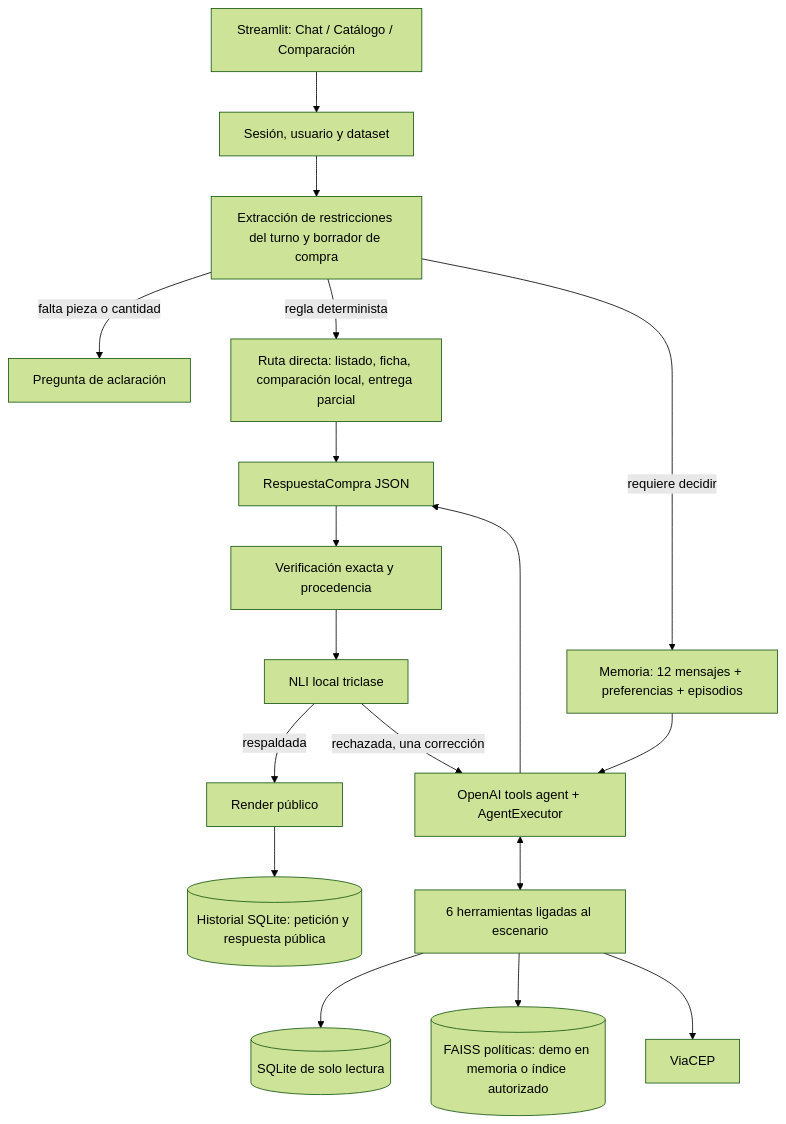
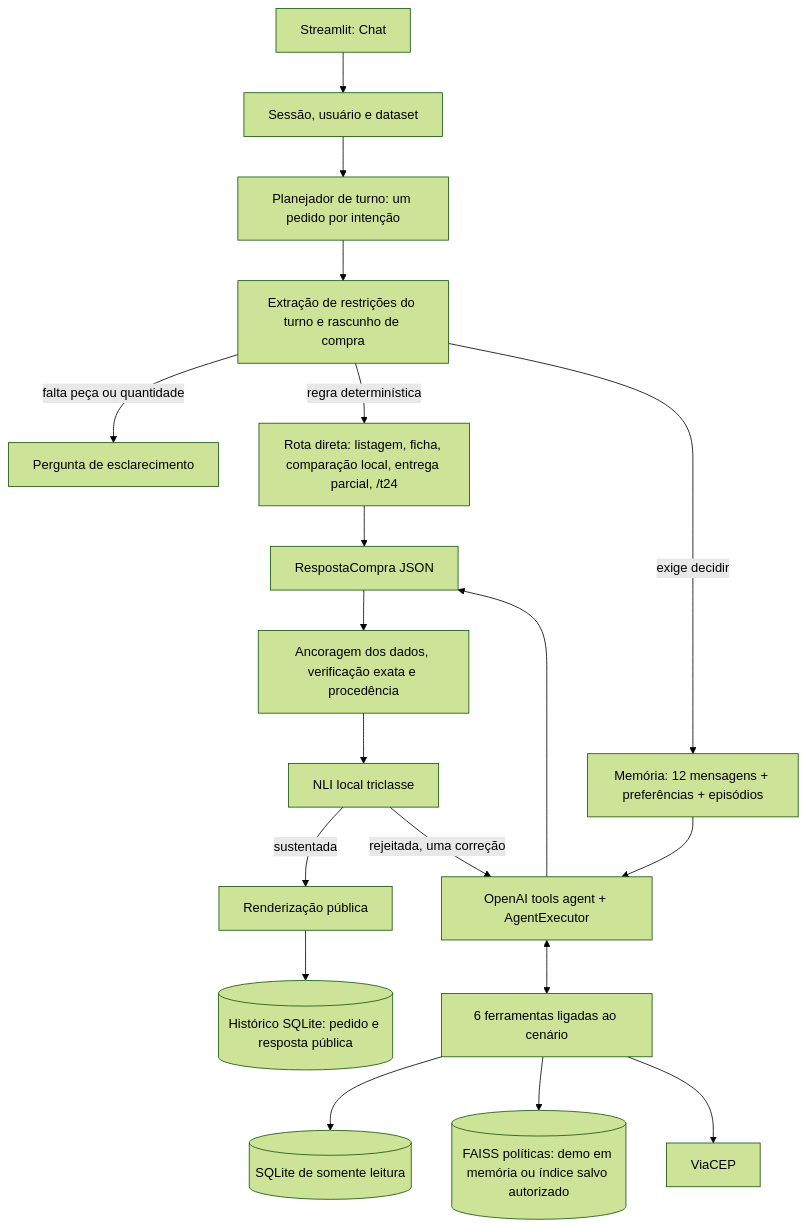
One commit to efraxpc/pedro_asistente_de_compras changed the diagram in docs/arquitetura.mmd. Above: the diagram before and after it, drawn with Mermaid (forest theme). The commit also changed 17 other files, not shown here.

```diff
--- a/docs/arquitetura.mmd
+++ b/docs/arquitetura.mmd
@@ -1,18 +1,19 @@
 flowchart TD
-    UI[Streamlit: Chat / Catálogo / Comparación] --> S[Sesión, usuario y dataset]
-    S --> D[Extracción de restricciones del turno y borrador de compra]
-    D -->|falta pieza o cantidad| Q[Pregunta de aclaración]
-    D -->|regla determinista| R[Ruta directa: listado, ficha, comparación local, entrega parcial]
-    D -->|requiere decidir| M[Memoria: 12 mensajes + preferencias + episodios]
-    M --> A[OpenAI tools agent + AgentExecutor]
-    A <--> T[6 herramientas ligadas al escenario]
-    T --> DB[(SQLite de solo lectura)]
-    T --> P[(FAISS políticas: demo en memoria o índice autorizado)]
-    T --> V[ViaCEP]
-    A --> J[RespuestaCompra JSON]
+    UI["Streamlit: Chat"] --> S["Sessão, usuário e dataset"]
+    S --> PL["Planejador de turno: um pedido por intenção"]
+    PL --> D["Extração de restrições do turno e rascunho de compra"]
+    D -->|falta peça ou quantidade| Q["Pergunta de esclarecimento"]
+    D -->|regra determinística| R["Rota direta: listagem, ficha, comparação local, entrega parcial, /t24"]
+    D -->|exige decidir| M["Memória: 12 mensagens + preferências + episódios"]
+    M --> A["OpenAI tools agent + AgentExecutor"]
+    A <--> T["6 ferramentas ligadas ao cenário"]
+    T --> DB[("SQLite de somente leitura")]
+    T --> P[("FAISS políticas: demo em memória ou índice salvo autorizado")]
+    T --> V["ViaCEP"]
+    A --> J["RespostaCompra JSON"]
     R --> J
-    J --> X[Verificación exacta y procedencia]
-    X --> N[NLI local triclase]
-    N -->|respaldada| PUB[Render público]
-    N -->|rechazada, una corrección| A
-    PUB --> H[(Historial SQLite: petición y respuesta pública)]
+    J --> X["Ancoragem dos dados, verificação exata e procedência"]
+    X --> N["NLI local triclasse"]
+    N -->|sustentada| PUB["Renderização pública"]
+    N -->|rejeitada, uma correção| A
+    PUB --> H[("Histórico SQLite: pedido e resposta pública")]
```
